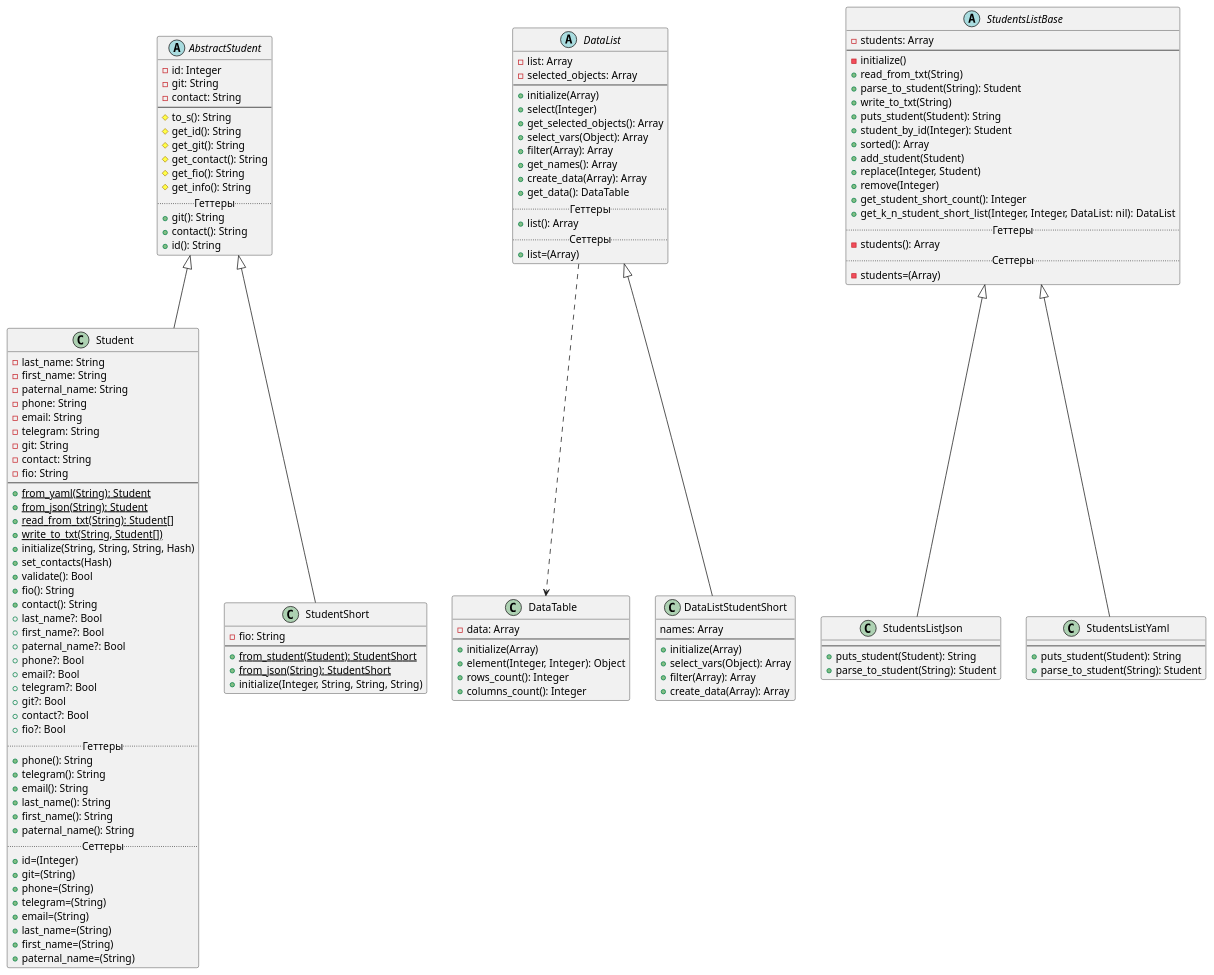
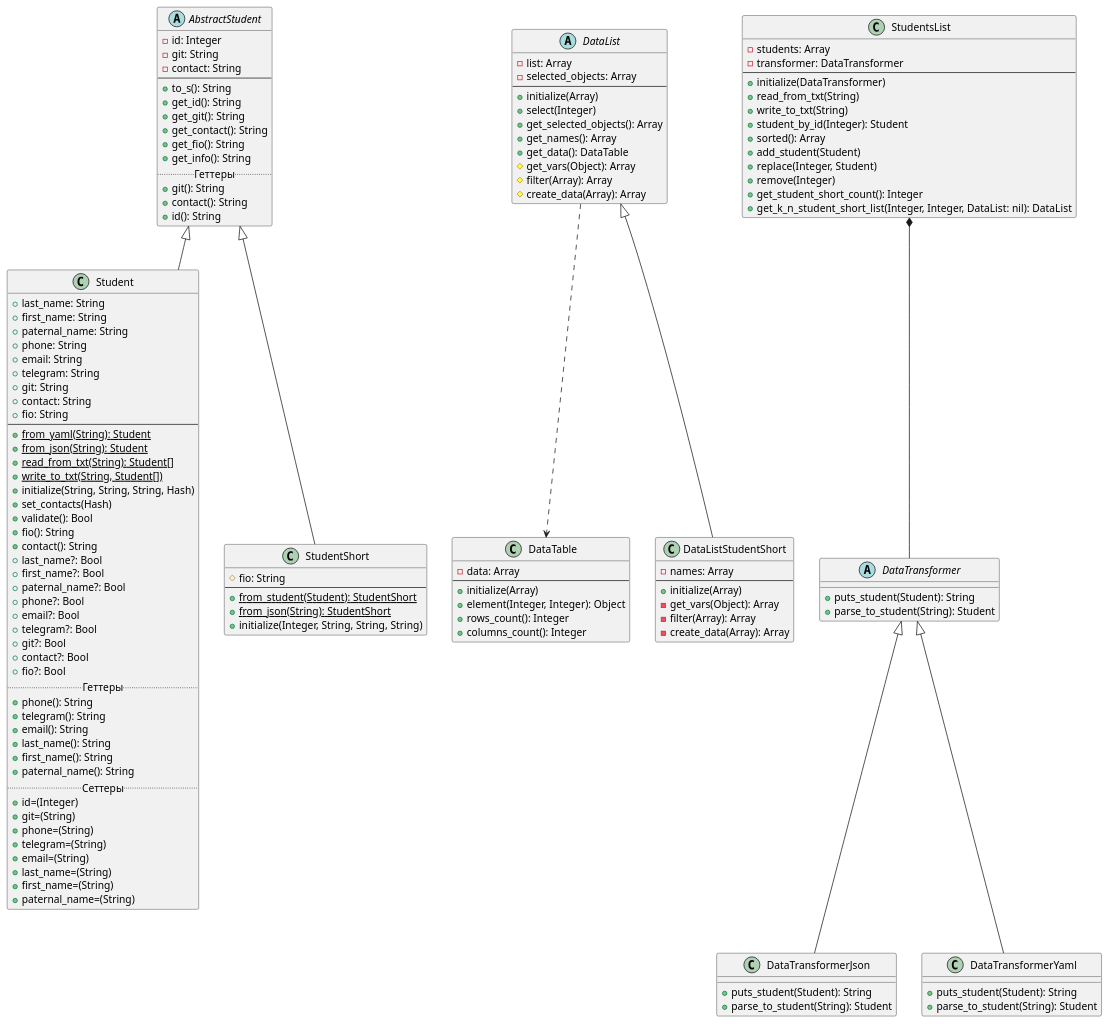
Before and after one commit to iamgirya/Programm_patterns_Ruby: the diagram in LAB2/lab2.puml, drawn with PlantUML. The commit also changed 10 other files, not shown here.

```diff
--- a/LAB2/lab2.puml
+++ b/LAB2/lab2.puml
@@ -1,139 +1,134 @@
 @startuml
 'https://plantuml.com/class-diagram
 
 abstract class AbstractStudent {
     -id: Integer
     -git: String
     -contact: String
     --
-    #to_s(): String
-    #get_id(): String
-    #get_git(): String
-    #get_contact(): String
-    #get_fio(): String
-    #get_info(): String
+    +to_s(): String
+    +get_id(): String
+    +get_git(): String
+    +get_contact(): String
+    +get_fio(): String
+    +get_info(): String
     .. Геттеры ..
     +git(): String
     +contact(): String
     +id(): String
 }
 class Student extends AbstractStudent {
-    -last_name: String
-    -first_name: String
-    -paternal_name: String
-    -phone: String
-    -email: String
-    -telegram: String
-    -git: String
-    -contact: String
-    -fio: String
+    +last_name: String
+    +first_name: String
+    +paternal_name: String
+    +phone: String
+    +email: String
+    +telegram: String
+    +git: String
+    +contact: String
+    +fio: String
     --
     +{static}from_yaml(String): Student
     +{static}from_json(String): Student
     +{static}read_from_txt(String): Student[]
     +{static}write_to_txt(String, Student[])
     +initialize(String, String, String, Hash)
     +set_contacts(Hash)
     +validate(): Bool
     +fio(): String
     +contact(): String
     +last_name?: Bool
     +first_name?: Bool
     +paternal_name?: Bool
     +phone?: Bool
     +email?: Bool
     +telegram?: Bool
     +git?: Bool
     +contact?: Bool
     +fio?: Bool
     .. Геттеры ..
     +phone(): String
     +telegram(): String
     +email(): String
     +last_name(): String
     +first_name(): String
     +paternal_name(): String
     .. Сеттеры ..
     +id=(Integer)
     +git=(String)
     +phone=(String)
     +telegram=(String)
     +email=(String)
     +last_name=(String)
     +first_name=(String)
     +paternal_name=(String)
 }
 class StudentShort extends AbstractStudent {
-    -fio: String
+    #fio: String
     --
     +{static}from_student(Student): StudentShort
     +{static}from_json(String): StudentShort
     +initialize(Integer, String, String, String)
 }
 class DataTable {
     -data: Array
     --
     +initialize(Array)
     +element(Integer, Integer): Object
     +rows_count(): Integer
     +columns_count(): Integer
 }
 abstract class DataList {
     -list: Array
     -selected_objects: Array
     --
     +initialize(Array)
     +select(Integer)
     +get_selected_objects(): Array
-    +select_vars(Object): Array
-    +filter(Array): Array
     +get_names(): Array
-    +create_data(Array): Array
     +get_data(): DataTable
-    .. Геттеры ..
-    +list(): Array
-    .. Сеттеры ..
-    +list=(Array)
+    #get_vars(Object): Array
+    #filter(Array): Array
+    #create_data(Array): Array
 }
 class DataListStudentShort extends DataList {
-    names: Array
+    -names: Array
     --
     +initialize(Array)
-    +select_vars(Object): Array
-    +filter(Array): Array
-    +create_data(Array): Array
+    -get_vars(Object): Array
+    -filter(Array): Array
+    -create_data(Array): Array
 }
 
-abstract class StudentsListBase {
+class StudentsList {
     -students: Array
+    -transformer: DataTransformer
     --
-    -initialize()
+    +initialize(DataTransformer)
     +read_from_txt(String)
-    +parse_to_student(String): Student
     +write_to_txt(String)
-    +puts_student(Student): String
     +student_by_id(Integer): Student
     +sorted(): Array
     +add_student(Student)
     +replace(Integer, Student)
     +remove(Integer)
     +get_student_short_count(): Integer
     +get_k_n_student_short_list(Integer, Integer, DataList: nil): DataList
-    .. Геттеры ..
-    -students(): Array
-    .. Сеттеры ..
-    -students=(Array)
 }
 
-class StudentsListJson extends StudentsListBase {
-    --
+abstract class DataTransformer {
     +puts_student(Student): String
     +parse_to_student(String): Student
 }
-class StudentsListYaml extends StudentsListBase {
-    --
+
+class DataTransformerJson extends DataTransformer {
+    +puts_student(Student): String
+    +parse_to_student(String): Student
+}
+class DataTransformerYaml extends DataTransformer {
     +puts_student(Student): String
     +parse_to_student(String): Student
 }
 DataList ..> DataTable
+StudentsList *-- DataTransformer
 @enduml
```
